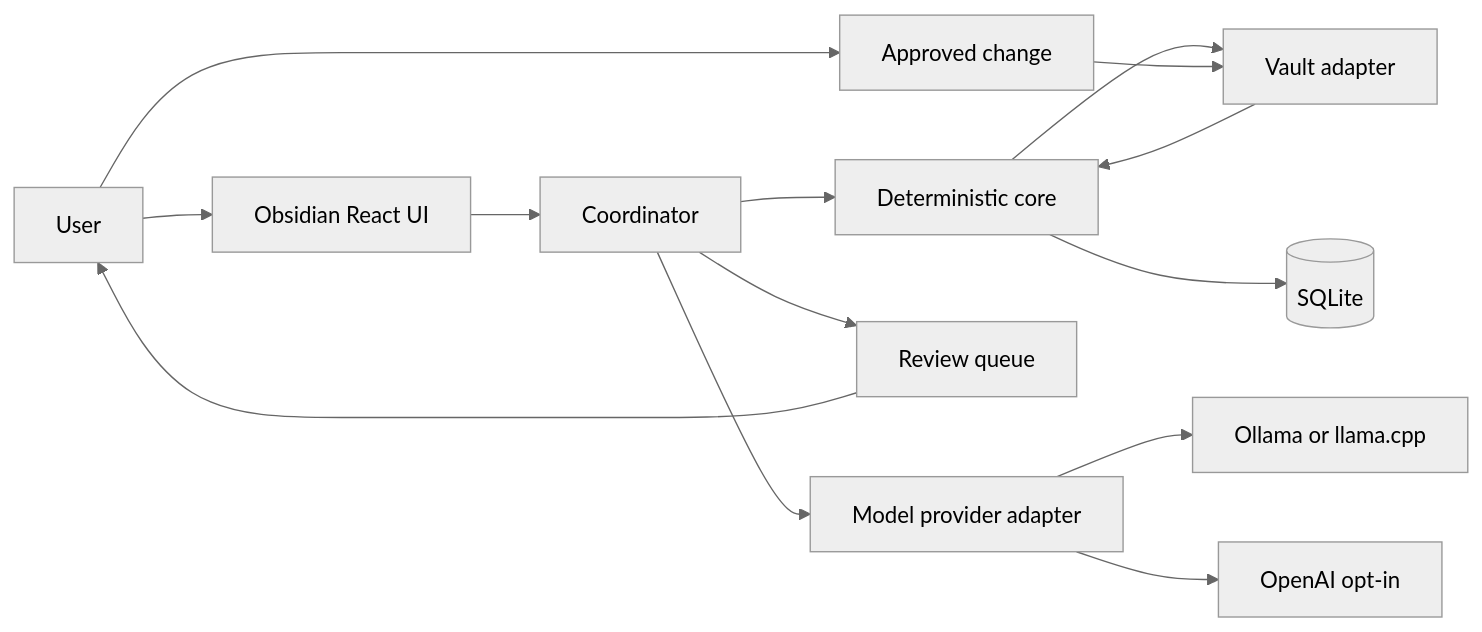
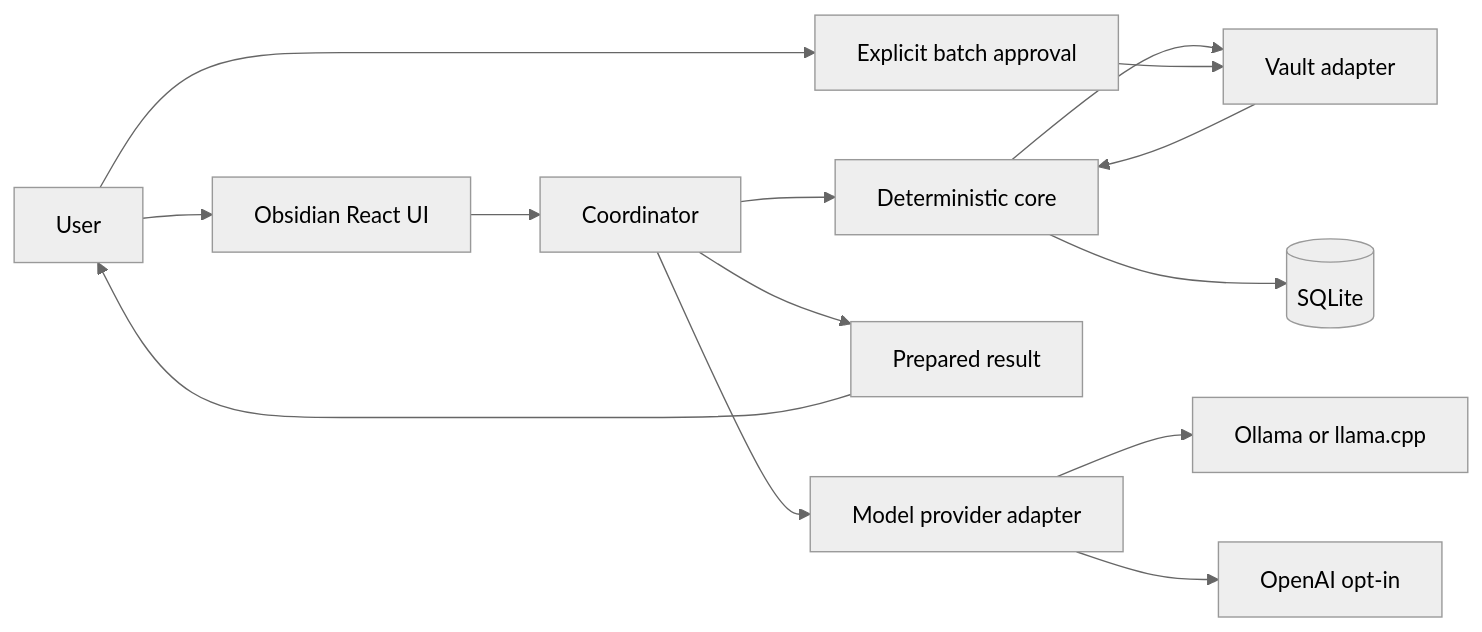
Before and after one commit to ibrahim1023/vault-steward: the first of 2 diagrams in docs/architecture.md, drawn with Mermaid (neutral theme). The commit also changed other lines of this file and 18 other files, not shown here.

Commit message:
docs: define result-first review flow

````diff
--- a/docs/architecture.md
+++ b/docs/architecture.md
@@ -11,16 +11,16 @@
 ```mermaid
 flowchart LR
   U[User] --> UI[Obsidian React UI]
   UI --> C[Coordinator]
   C --> D[Deterministic core]
   D --> V[Vault adapter]
   D --> S[(SQLite)]
   C --> M[Model provider adapter]
   M --> L[Ollama or llama.cpp]
   M --> O[OpenAI opt-in]
-  C --> R[Review queue]
+  C --> R[Prepared result]
   R --> U
-  U --> A[Approved change]
+  U --> A[Explicit batch approval]
   A --> V
   V --> D
 ```
````
